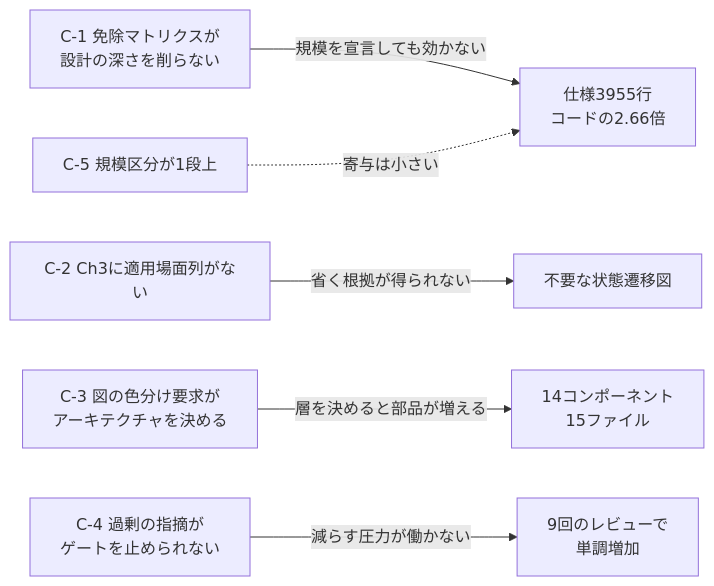
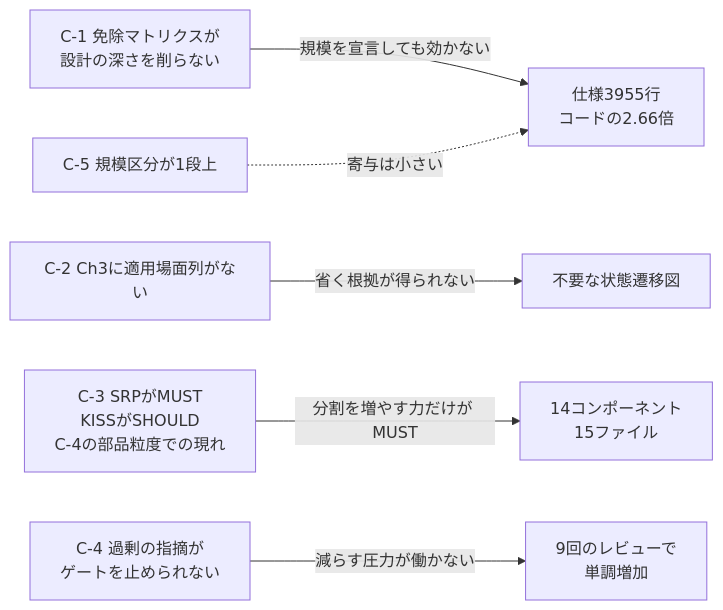
One commit to GoodRelax/gr-sw-maker changed the diagram in maintenance/2026-07-29/03-over-engineering-root-cause.md. Above: the diagram before and after it, drawn with Mermaid. The commit also changed other lines of this file and 6 other files, not shown here.

````diff
--- a/maintenance/2026-07-29/03-over-engineering-root-cause.md
+++ b/maintenance/2026-07-29/03-over-engineering-root-cause.md
@@ -226,18 +229,18 @@
 ```mermaid
 flowchart LR
     C1["C-1 免除マトリクスが<br/>設計の深さを削らない"]
     C2["C-2 Ch3に適用場面列がない"]
-    C3["C-3 図の色分け要求が<br/>アーキテクチャを決める"]
+    C3["C-3 SRPがMUST<br/>KISSがSHOULD<br/>C-4の部品粒度での現れ"]
     C4["C-4 過剰の指摘が<br/>ゲートを止められない"]
     C5["C-5 規模区分が1段上"]
     S1["仕様3955行<br/>コードの2.66倍"]
     S2["14コンポーネント<br/>15ファイル"]
     S3["不要な状態遷移図"]
     S4["9回のレビューで<br/>単調増加"]
 
     C1 -->|"規模を宣言しても効かない"| S1
     C2 -->|"省く根拠が得られない"| S3
-    C3 -->|"層を決めると部品が増える"| S2
+    C3 -->|"分割を増やす力だけが MUST"| S2
     C4 -->|"減らす圧力が働かない"| S4
     C5 -.->|"寄与は小さい"| S1
 ```
````
